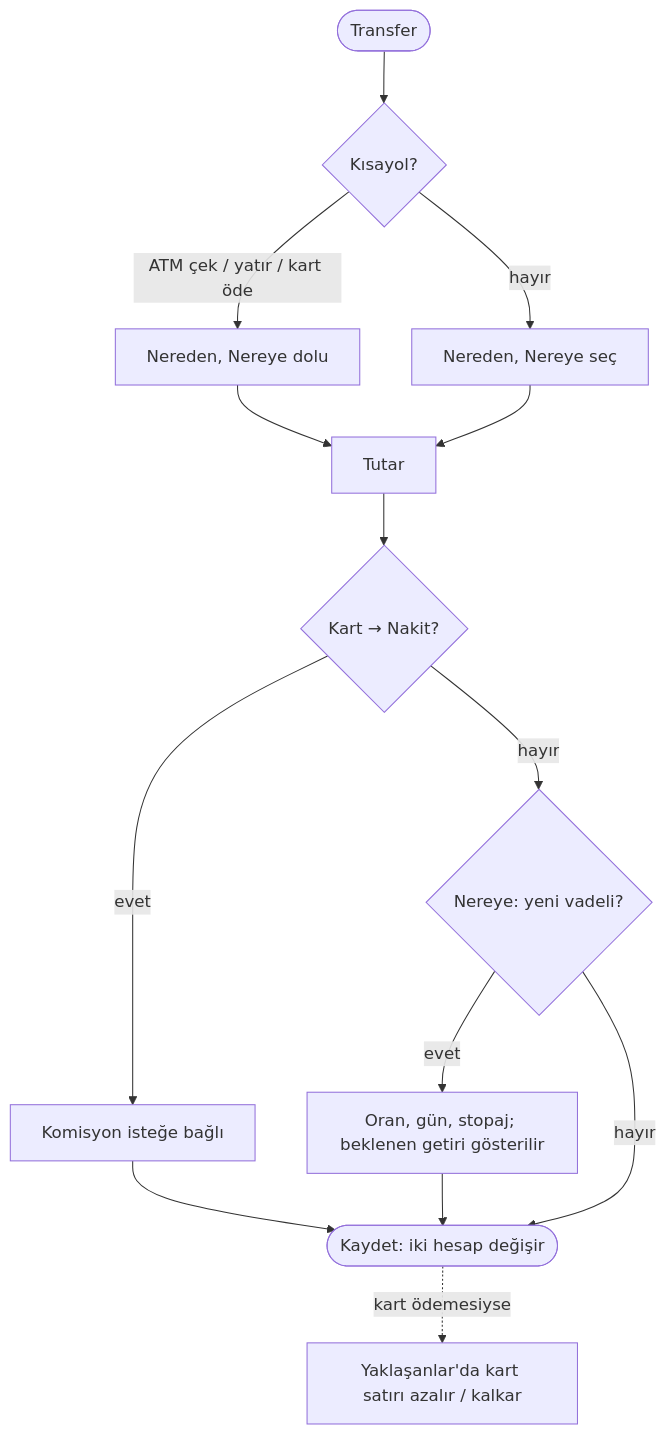
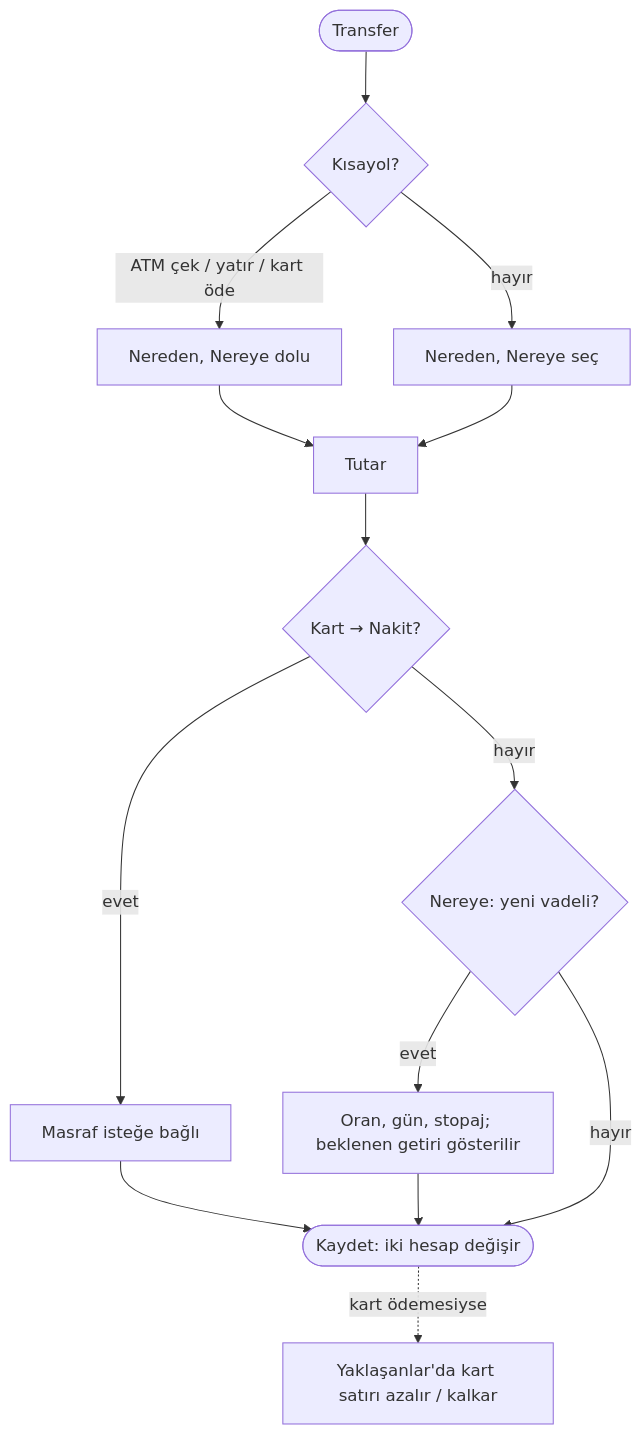
The diagram in docs/ux/akislar/AKS-012-transfer.md (akderelianil/aa-finance), drawn with Mermaid before and after one commit. The commit also changed other lines of this file and 18 other files, not shown here.

````diff
--- a/docs/ux/akislar/AKS-012-transfer.md
+++ b/docs/ux/akislar/AKS-012-transfer.md
@@ -29,16 +29,16 @@
 ```mermaid
 flowchart TD
   A([Transfer]) --> K{Kısayol?}
   K -- ATM çek / yatır / kart öde --> F[Nereden, Nereye dolu]
   K -- hayır --> S[Nereden, Nereye seç]
   F --> T[Tutar]
   S --> T
   T --> Q{Kart → Nakit?}
-  Q -- evet --> C[Komisyon isteğe bağlı]
+  Q -- evet --> C[Masraf isteğe bağlı]
   Q -- hayır --> D{Nereye: yeni vadeli?}
   D -- evet --> V[Oran, gün, stopaj; beklenen getiri gösterilir]
   D -- hayır --> R
   C --> R([Kaydet: iki hesap değişir])
   V --> R
   R -. kart ödemesiyse .-> P[Yaklaşanlar'da kart satırı azalır / kalkar]
 ```
````
